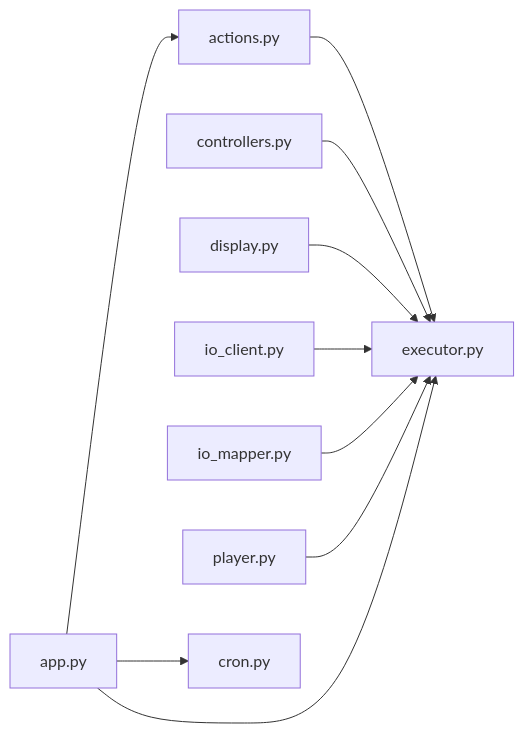
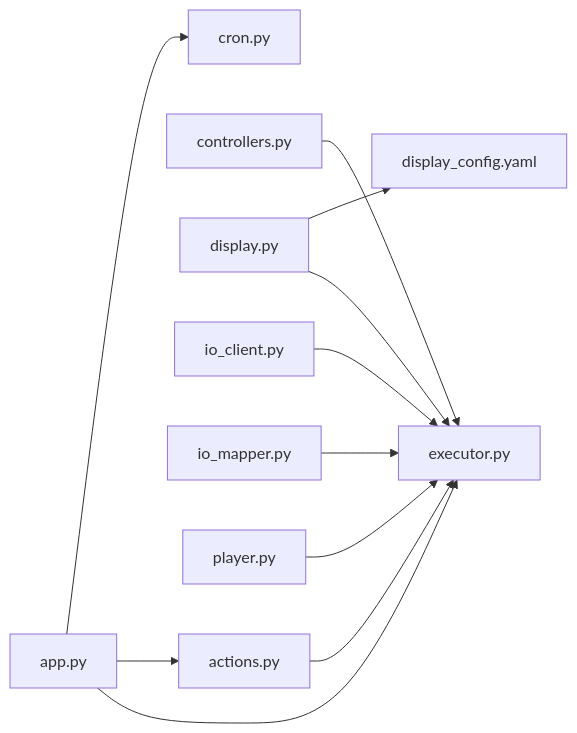
The eighth of 8 diagrams in .qoder/repowiki/zh/content/接口契约.md (xmb505/Haku_EET), drawn with Mermaid before and after one commit. The commit also changed other lines of this file and 37 other files, not shown here.

First line of the commit message:
docs(architecture): 更新三层架构和模块职责说明

````diff
--- a/.qoder/repowiki/zh/content/接口契约.md
+++ b/.qoder/repowiki/zh/content/接口契约.md
@@ -328,12 +379,13 @@
 ```mermaid
 graph LR
 ACTIONS["actions.py"] --> EXEC["executor.py"]
 CONTROLLERS["controllers.py"] --> EXEC
 DISPLAY["display.py"] --> EXEC
 IOCLIENT["io_client.py"] --> EXEC
 IOMAPPER["io_mapper.py"] --> EXEC
 PLAYER["player.py"] --> EXEC
 APP["app.py"] --> EXEC
 APP --> ACTIONS
 APP --> CRON["cron.py"]
+DISPLAY --> CONFIG["display_config.yaml"]
 ```
````
